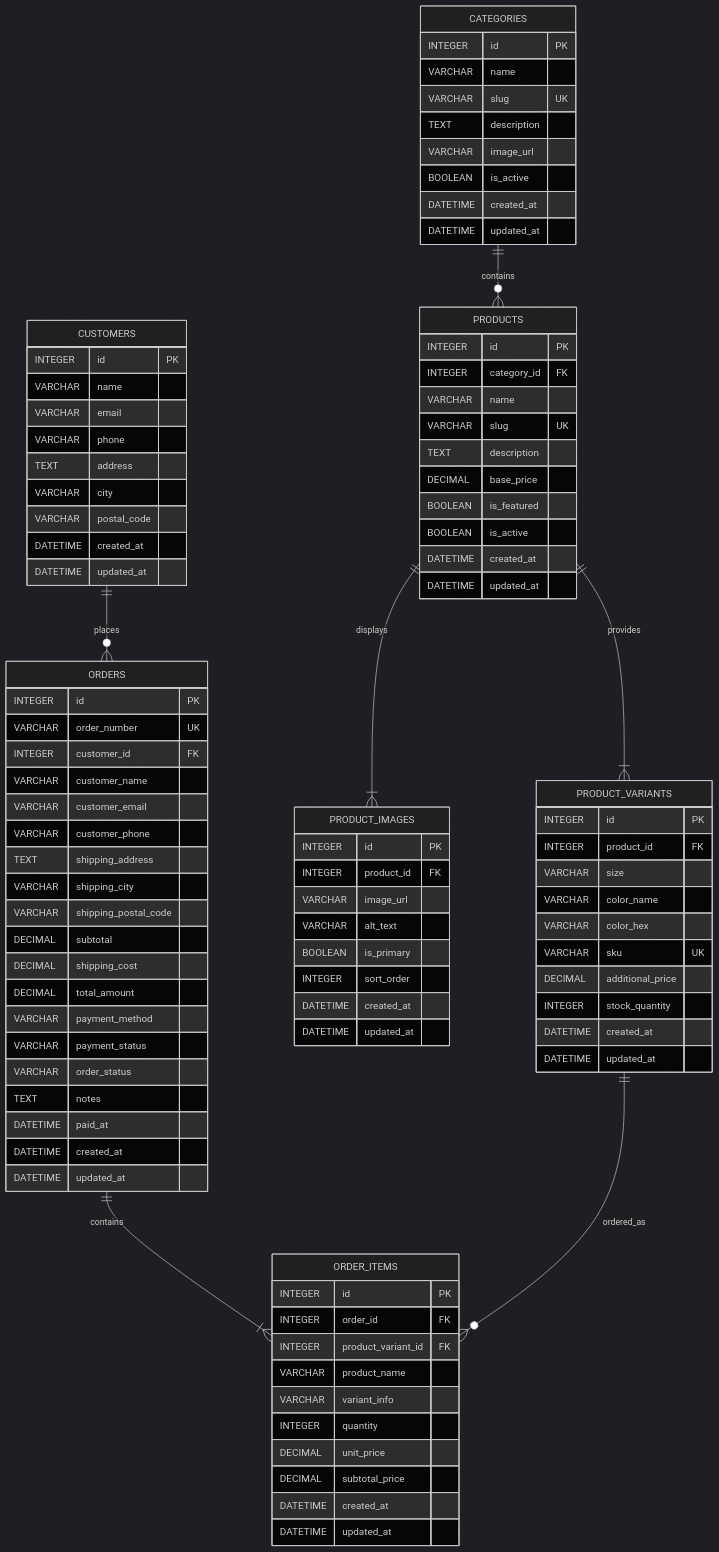
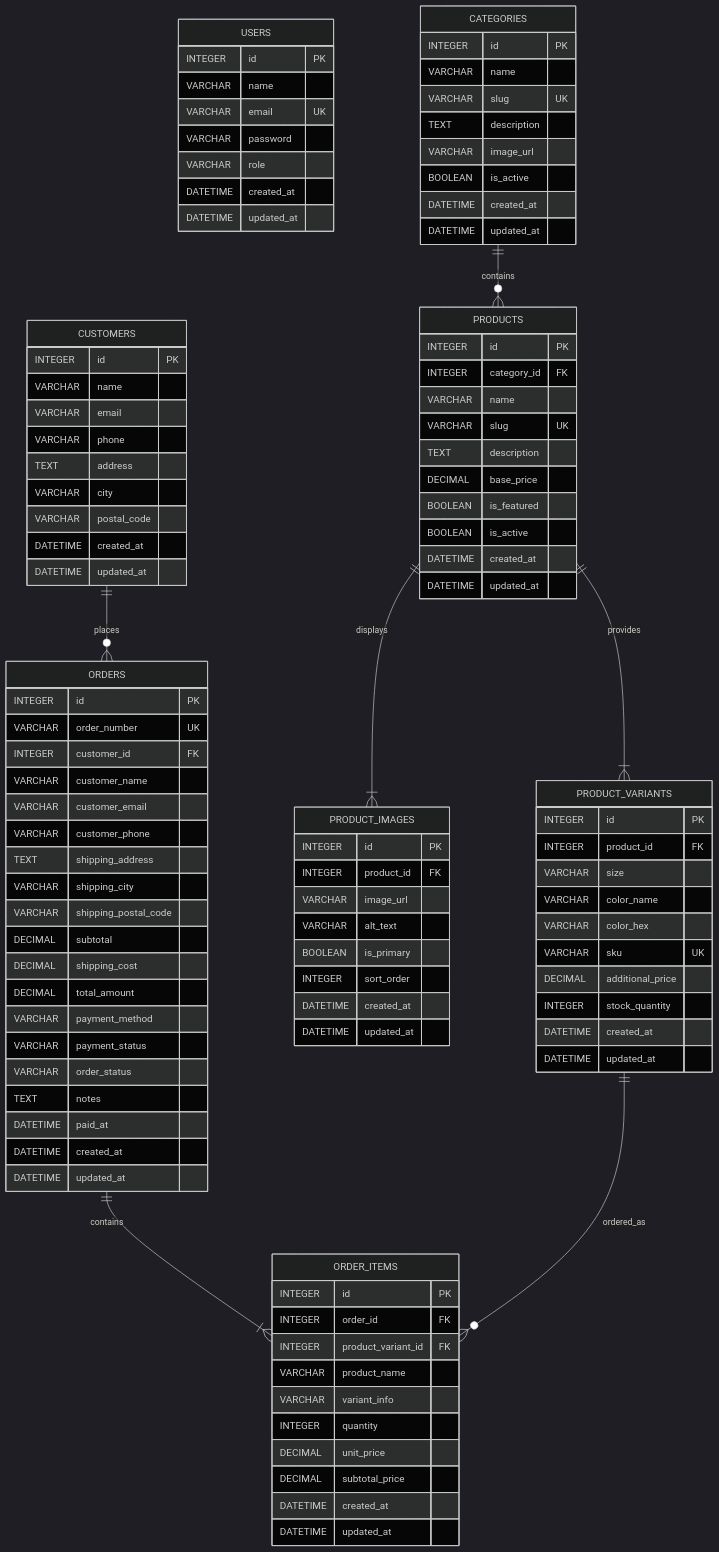
Before and after one commit to Hafidihsanmajid/stars_merch: the first of 3 diagrams in ARCHITECTURE.md, drawn with Mermaid (dark theme). The commit also changed other lines of this file and 1 other file, not shown here.

Commit message:
docs: perbarui PRD.md dan ARCHITECTURE.md untuk penambahan modul login admin dan manajemen tambah produk

````diff
--- a/ARCHITECTURE.md
+++ b/ARCHITECTURE.md
@@ -25,5 +26,15 @@
 ```mermaid
 erDiagram
+    USERS {
+        INTEGER id PK
+        VARCHAR name
+        VARCHAR email UK
+        VARCHAR password
+        VARCHAR role
+        DATETIME created_at
+        DATETIME updated_at
+    }
+
     CUSTOMERS ||--o{ ORDERS : places
     CATEGORIES ||--o{ PRODUCTS : contains
     PRODUCTS ||--|{ PRODUCT_IMAGES : displays
````
